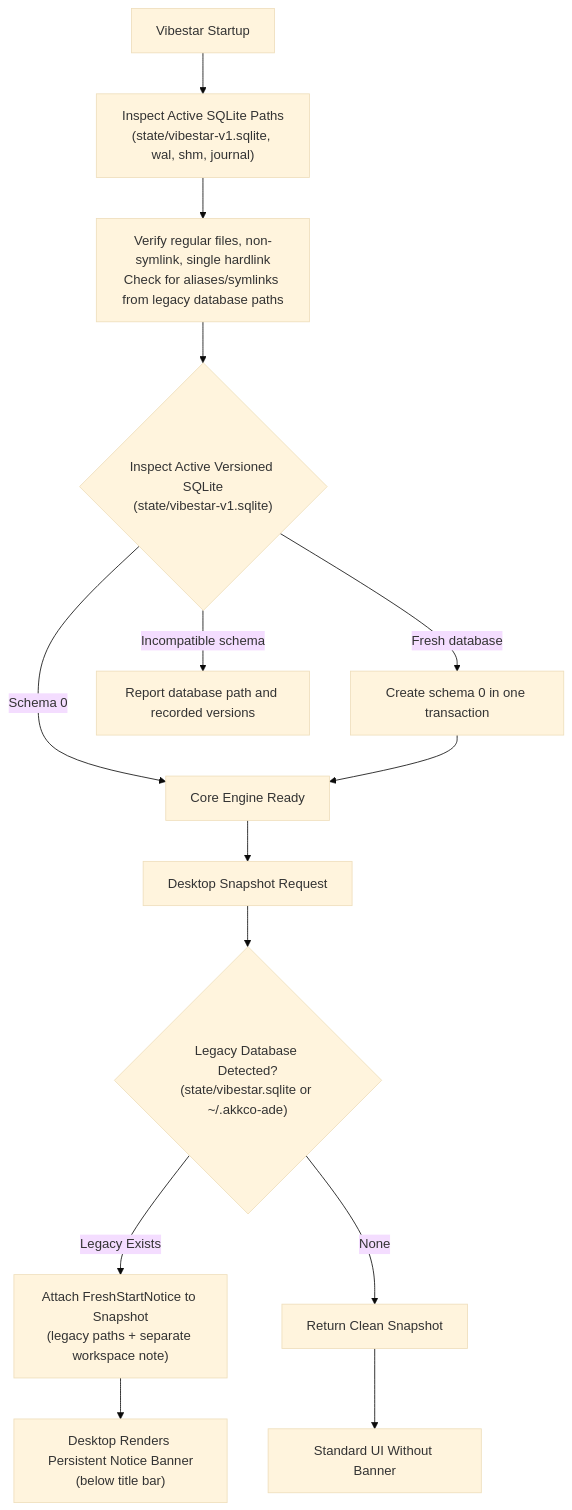
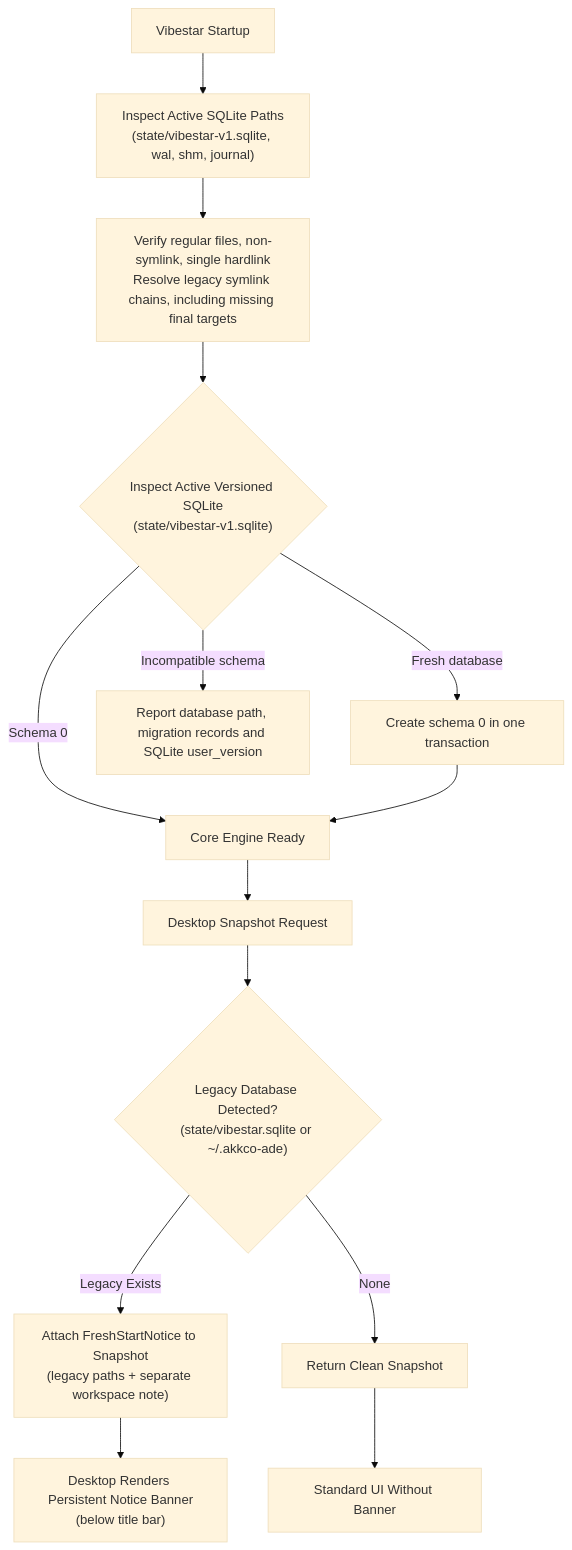
The third of 3 diagrams in FEATUREMAP.md (akshajrawat/akkco-vibestar), drawn with Mermaid (base theme) before and after one commit. The commit also changed 5 other files, not shown here.

Commit message:
fix(storage): isolate integration homes and guard schema zero

````diff
--- a/FEATUREMAP.md
+++ b/FEATUREMAP.md
@@ -87,16 +87,16 @@
 ```mermaid
 flowchart TD
     Start["Vibestar Startup"] --> InspectActive["Inspect Active SQLite Paths\n(state/vibestar-v1.sqlite, wal, shm, journal)"]
-    InspectActive --> VerifyActive["Verify regular files, non-symlink, single hardlink\nCheck for aliases/symlinks from legacy database paths"]
+    InspectActive --> VerifyActive["Verify regular files, non-symlink, single hardlink\nResolve legacy symlink chains, including missing final targets"]
     VerifyActive --> OpenActiveDB{"Inspect Active Versioned SQLite\n(state/vibestar-v1.sqlite)"}
     OpenActiveDB -- "Fresh database" --> SchemaZero["Create schema 0 in one transaction"]
     OpenActiveDB -- "Schema 0" --> CoreReady["Core Engine Ready"]
-    OpenActiveDB -- "Incompatible schema" --> Stop["Report database path and recorded versions"]
+    OpenActiveDB -- "Incompatible schema" --> Stop["Report database path, migration records and SQLite user_version"]
     SchemaZero --> CoreReady
     CoreReady --> SnapshotRPC["Desktop Snapshot Request"]
     SnapshotRPC --> CheckLegacy{"Legacy Database Detected?\n(state/vibestar.sqlite or ~/.akkco-ade)"}
     CheckLegacy -- "Legacy Exists" --> AttachNotice["Attach FreshStartNotice to Snapshot\n(legacy paths + separate workspace note)"]
     CheckLegacy -- "None" --> CleanSnapshot["Return Clean Snapshot"]
     AttachNotice --> RenderBanner["Desktop Renders Persistent Notice Banner\n(below title bar)"]
     CleanSnapshot --> NormalUI["Standard UI Without Banner"]
 ```
````
